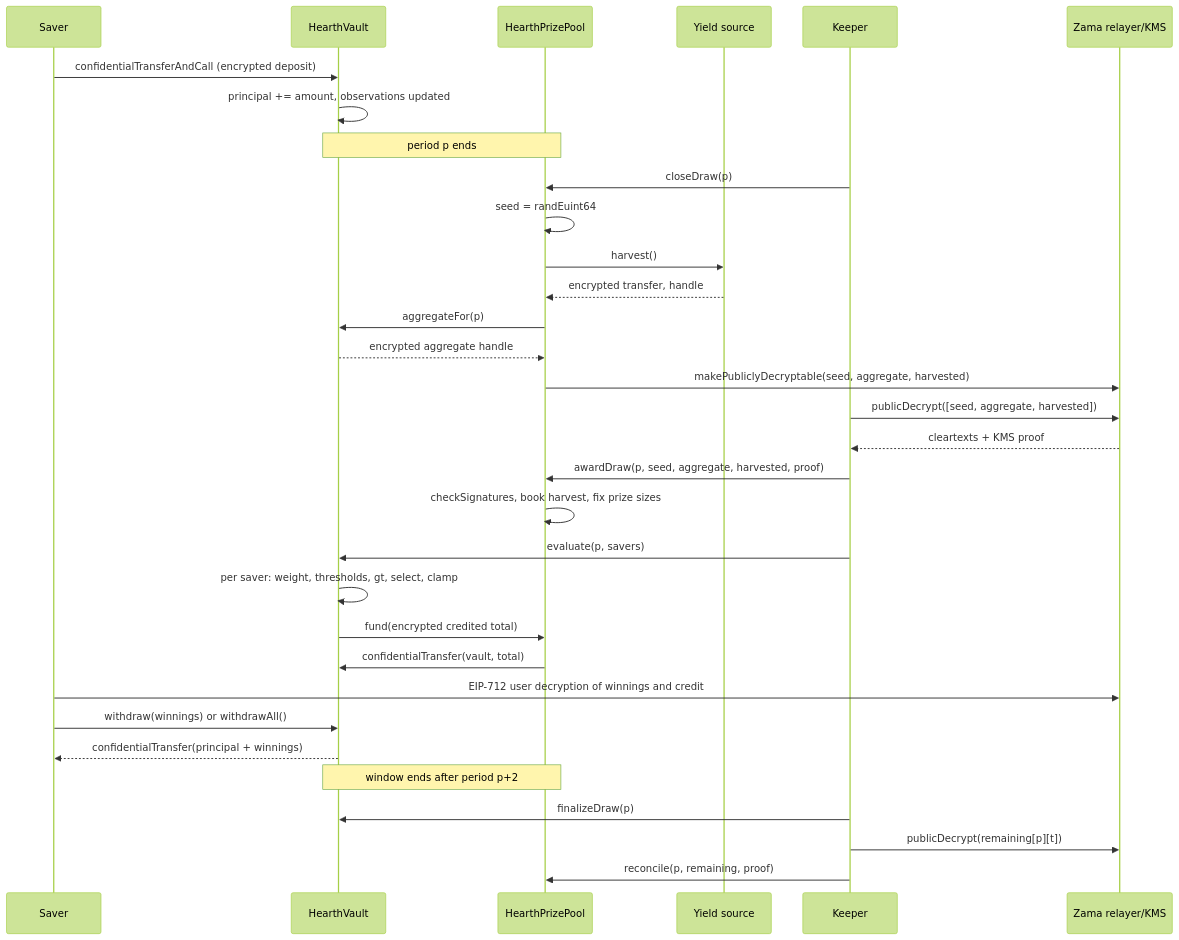
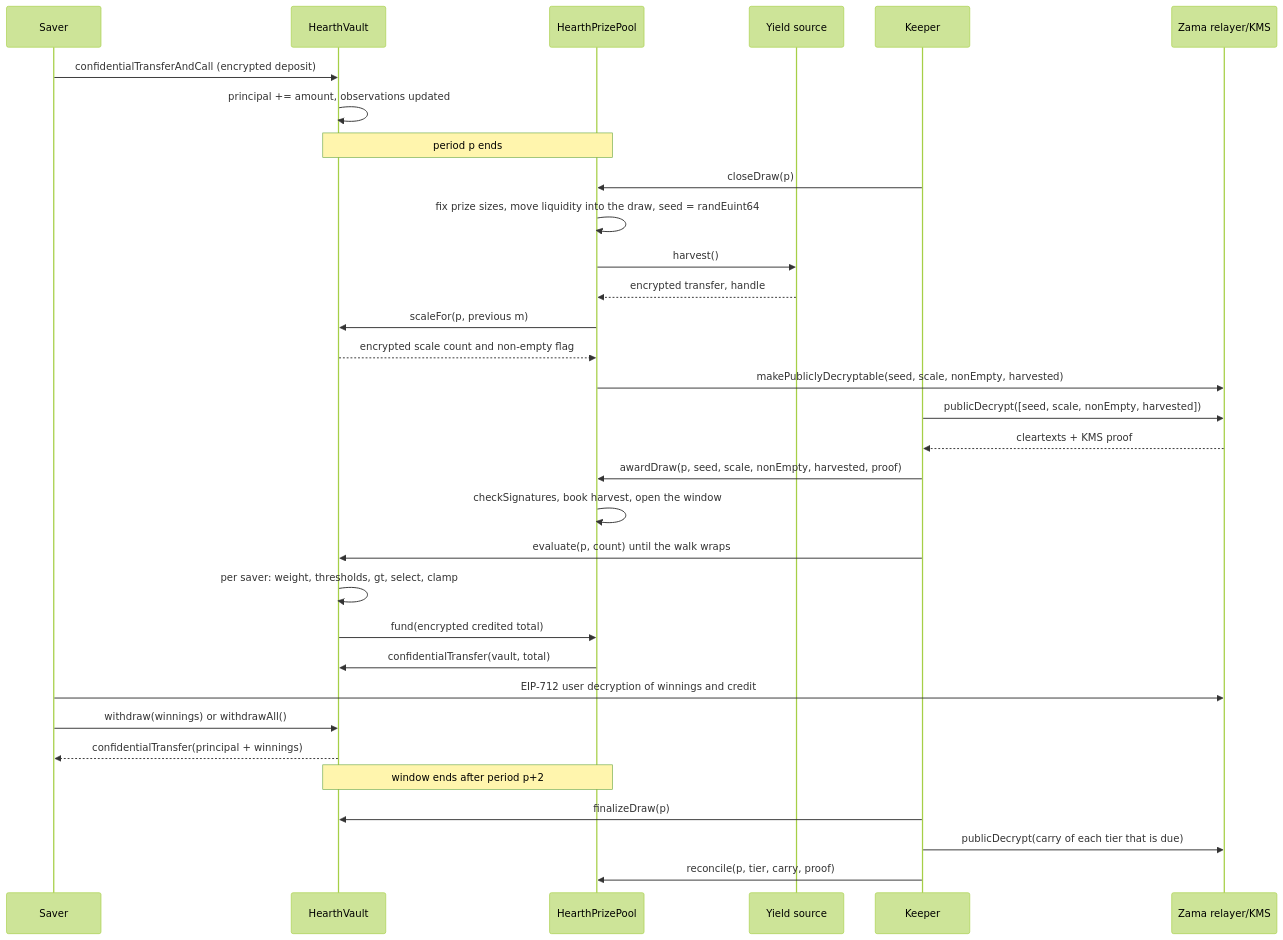
The diagram in docs/concepts/how-a-draw-works.md (ramakrishnanhulk20/hearth), drawn with Mermaid (forest theme) before and after one commit. The commit also changed other lines of this file and 20 other files, not shown here.

````diff
--- a/docs/concepts/how-a-draw-works.md
+++ b/docs/concepts/how-a-draw-works.md
@@ -156,35 +222,35 @@
 ```mermaid
 sequenceDiagram
     participant S as Saver
     participant V as HearthVault
     participant P as HearthPrizePool
     participant Y as Yield source
     participant K as Keeper
     participant Z as Zama relayer/KMS
 
     S->>V: confidentialTransferAndCall (encrypted deposit)
     V->>V: principal += amount, observations updated
     Note over V,P: period p ends
     K->>P: closeDraw(p)
-    P->>P: seed = randEuint64
+    P->>P: fix prize sizes, move liquidity into the draw, seed = randEuint64
     P->>Y: harvest()
     Y-->>P: encrypted transfer, handle
-    P->>V: aggregateFor(p)
-    V-->>P: encrypted aggregate handle
-    P->>Z: makePubliclyDecryptable(seed, aggregate, harvested)
-    K->>Z: publicDecrypt([seed, aggregate, harvested])
+    P->>V: scaleFor(p, previous m)
+    V-->>P: encrypted scale count and non-empty flag
+    P->>Z: makePubliclyDecryptable(seed, scale, nonEmpty, harvested)
+    K->>Z: publicDecrypt([seed, scale, nonEmpty, harvested])
     Z-->>K: cleartexts + KMS proof
-    K->>P: awardDraw(p, seed, aggregate, harvested, proof)
-    P->>P: checkSignatures, book harvest, fix prize sizes
-    K->>V: evaluate(p, savers)
+    K->>P: awardDraw(p, seed, scale, nonEmpty, harvested, proof)
+    P->>P: checkSignatures, book harvest, open the window
+    K->>V: evaluate(p, count) until the walk wraps
     V->>V: per saver: weight, thresholds, gt, select, clamp
     V->>P: fund(encrypted credited total)
     P->>V: confidentialTransfer(vault, total)
     S->>Z: EIP-712 user decryption of winnings and credit
     S->>V: withdraw(winnings) or withdrawAll()
     V-->>S: confidentialTransfer(principal + winnings)
     Note over V,P: window ends after period p+2
     K->>V: finalizeDraw(p)
-    K->>Z: publicDecrypt(remaining[p][t])
-    K->>P: reconcile(p, remaining, proof)
+    K->>Z: publicDecrypt(carry of each tier that is due)
+    K->>P: reconcile(p, tier, carry, proof)
 ```
````
